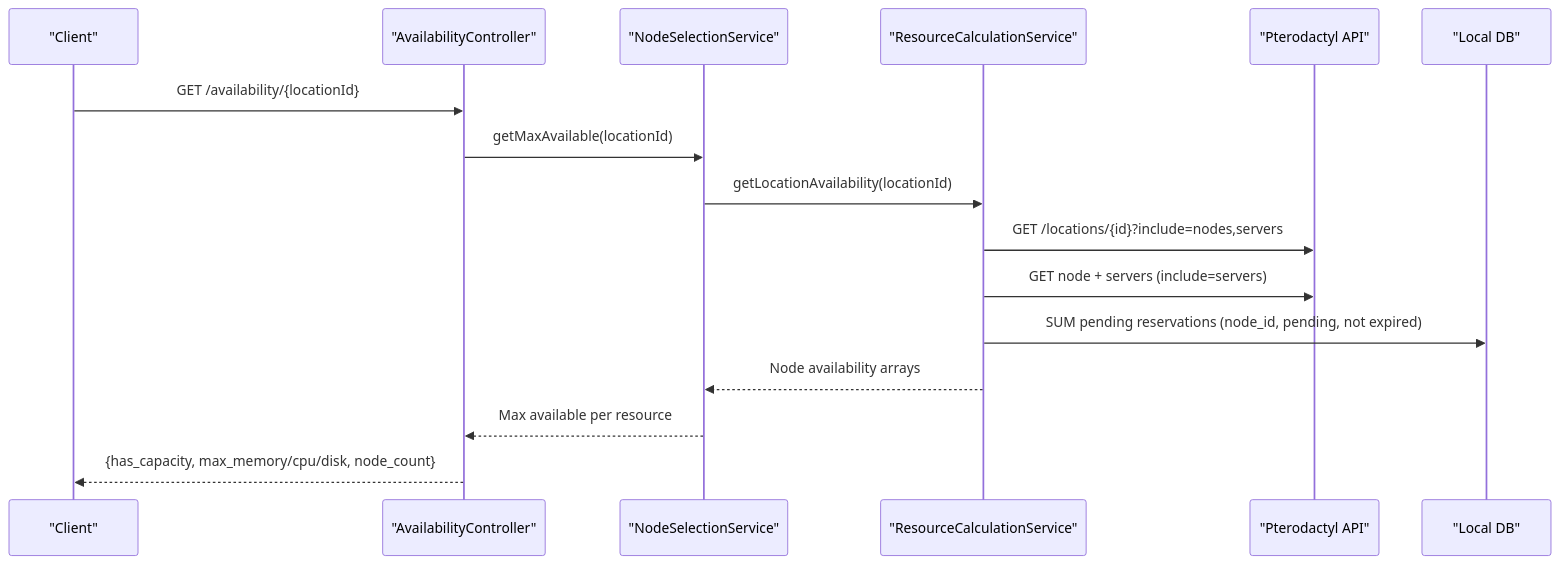
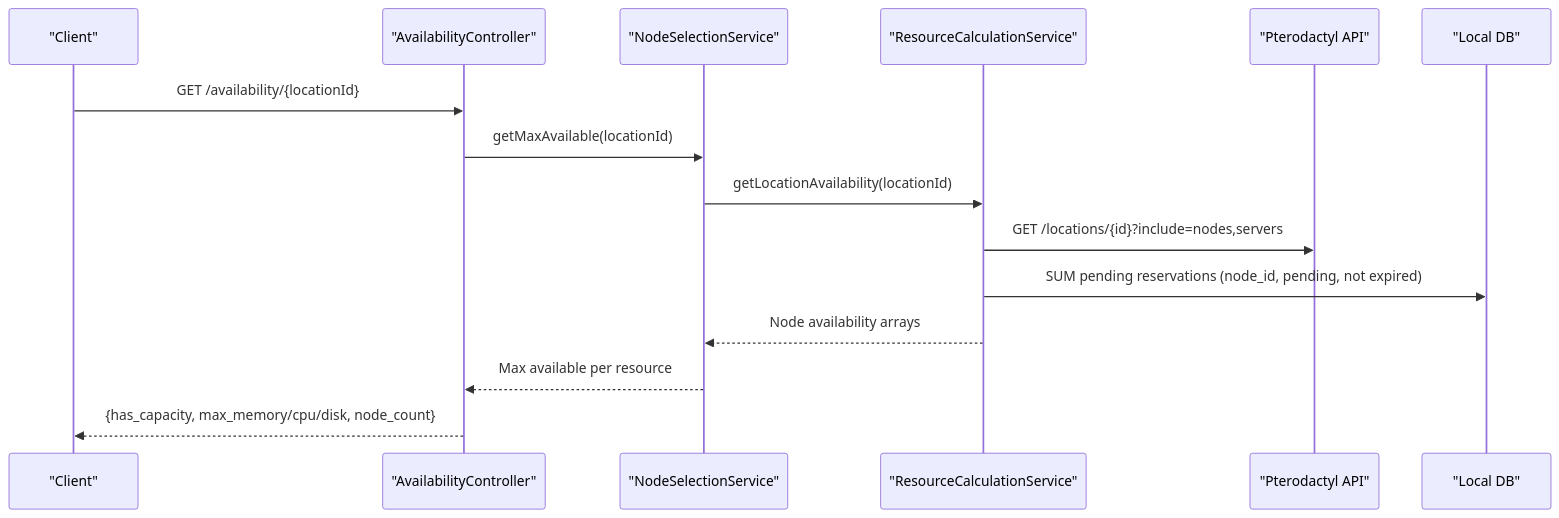
Before and after one commit to ObsidianNetwork/dynamic-pterodactyl: the second of 4 diagrams in .qoder/repowiki/en/content/Architecture Overview/Service Layer Design/Resource Calculation Service.md, drawn with Mermaid. The commit also changed 3 other files, not shown here.

````diff
--- a/.qoder/repowiki/en/content/Architecture Overview/Service Layer Design/Resource Calculation Service.md
+++ b/.qoder/repowiki/en/content/Architecture Overview/Service Layer Design/Resource Calculation Service.md
@@ -79,18 +79,17 @@
 ```mermaid
 sequenceDiagram
 participant C as "Client"
 participant A as "AvailabilityController"
 participant N as "NodeSelectionService"
 participant S as "ResourceCalculationService"
 participant P as "Pterodactyl API"
 participant D as "Local DB"
 C->>A : GET /availability/{locationId}
 A->>N : getMaxAvailable(locationId)
 N->>S : getLocationAvailability(locationId)
 S->>P : GET /locations/{id}?include=nodes,servers
-S->>P : GET node + servers (include=servers)
 S->>D : SUM pending reservations (node_id, pending, not expired)
 S-->>N : Node availability arrays
 N-->>A : Max available per resource
 A-->>C : {has_capacity, max_memory/cpu/disk, node_count}
 ```
````
